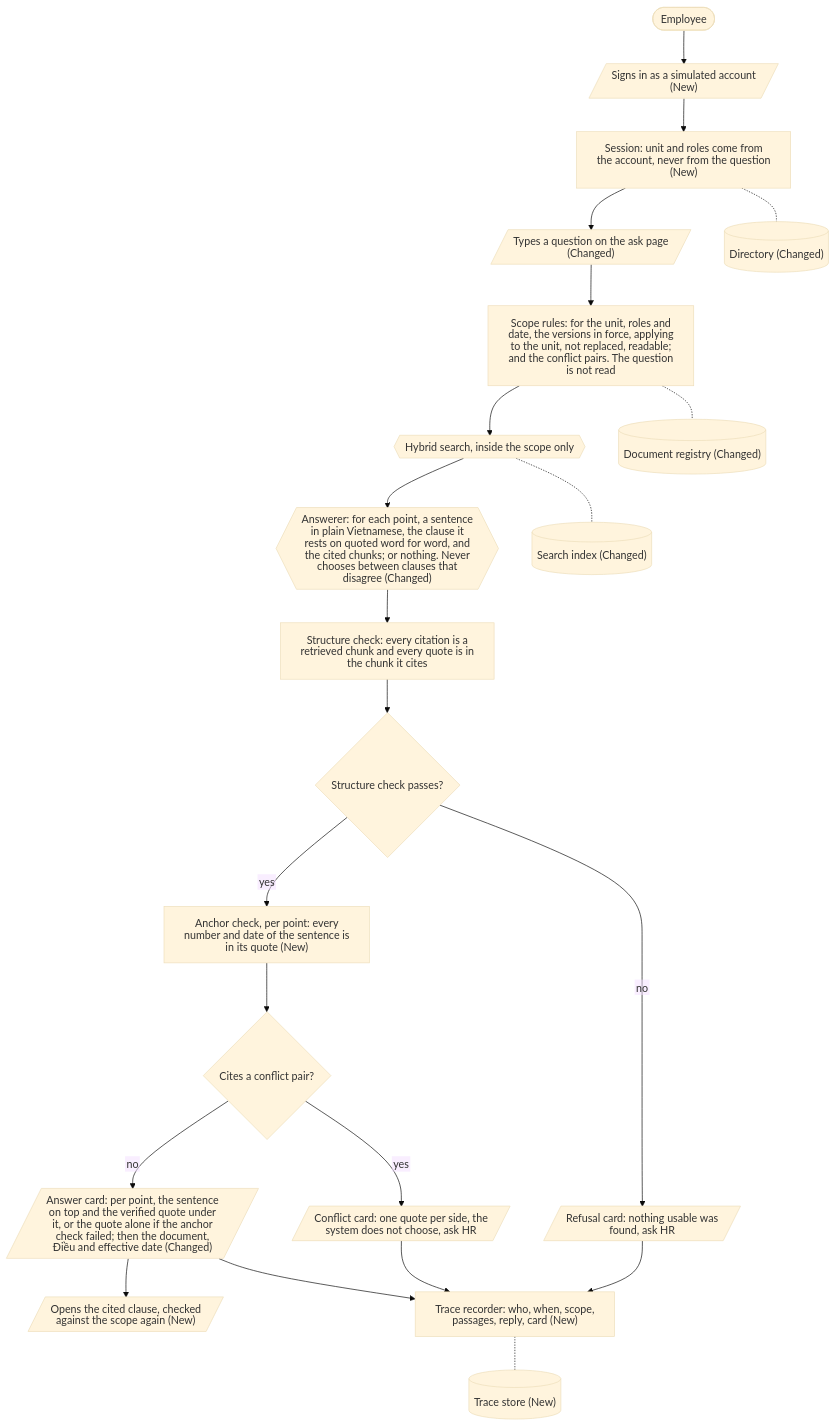
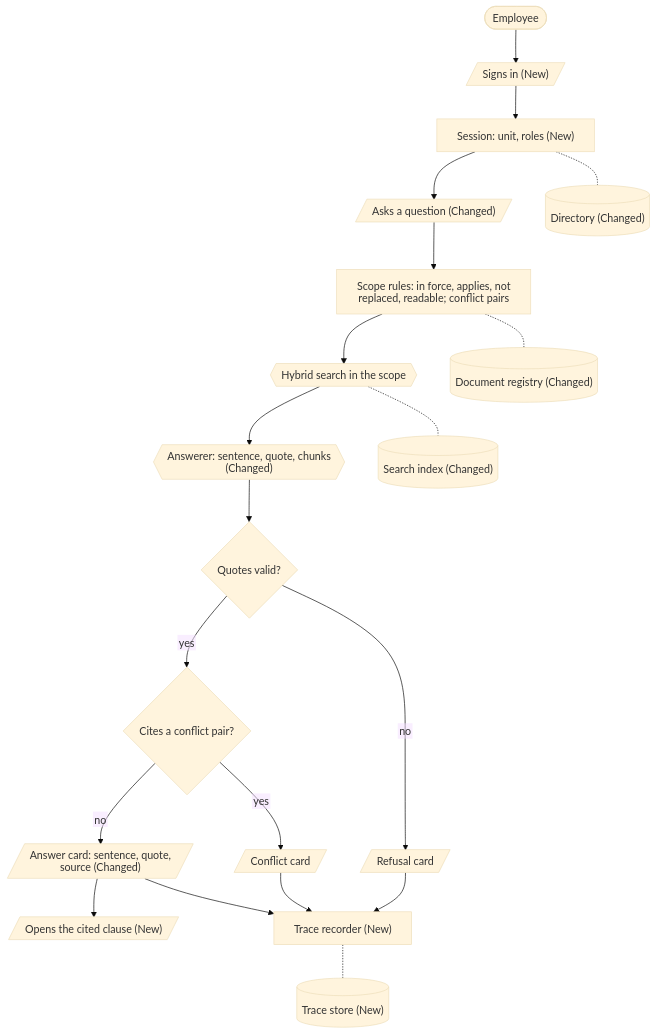
The first of 7 diagrams in docs/system_design.md (Park-Hip/next-gen-2026), drawn with Mermaid (base theme) before and after one commit. The commit also changed other lines of this file, not shown here.

Commit message:
System design: drop the anchor check; shorten the employee flowchart labels

````diff
--- a/docs/system_design.md
+++ b/docs/system_design.md
@@ -77,44 +77,42 @@
 ```mermaid
 ---
 config:
   htmlLabels: false
   flowchart:
     htmlLabels: false
     wrappingWidth: 260
 ---
 flowchart TD
     employee([Employee])
-    signin[/"Signs in as a simulated account (New)"/]
-    session["Session: unit and roles come from the account, never from the question (New)"]
-    question[/"Types a question on the ask page (Changed)"/]
-    scope["Scope rules: for the unit, roles and date, the versions in force, applying to the unit, not replaced, readable; and the conflict pairs. The question is not read"]
-    search{{"Hybrid search, inside the scope only"}}
-    answerer{{"Answerer: for each point, a sentence in plain Vietnamese, the clause it rests on quoted word for word, and the cited chunks; or nothing. Never chooses between clauses that disagree (Changed)"}}
-    structure["Structure check: every citation is a retrieved chunk and every quote is in the chunk it cites"]
-    verified{"Structure check passes?"}
-    anchors["Anchor check, per point: every number and date of the sentence is in its quote (New)"]
+    signin[/"Signs in (New)"/]
+    session["Session: unit, roles (New)"]
+    question[/"Asks a question (Changed)"/]
+    scope["Scope rules: in force, applies, not replaced, readable; conflict pairs"]
+    search{{"Hybrid search in the scope"}}
+    answerer{{"Answerer: sentence, quote, chunks (Changed)"}}
+    verified{"Quotes valid?"}
     conflict{"Cites a conflict pair?"}
-    refusal[/"Refusal card: nothing usable was found, ask HR"/]
-    conflictcard[/"Conflict card: one quote per side, the system does not choose, ask HR"/]
-    answercard[/"Answer card: per point, the sentence on top and the verified quote under it, or the quote alone if the anchor check failed; then the document, Điều and effective date (Changed)"/]
-    clause[/"Opens the cited clause, checked against the scope again (New)"/]
-    trace["Trace recorder: who, when, scope, passages, reply, card (New)"]
+    refusal[/"Refusal card"/]
+    conflictcard[/"Conflict card"/]
+    answercard[/"Answer card: sentence, quote, source (Changed)"/]
+    clause[/"Opens the cited clause (New)"/]
+    trace["Trace recorder (New)"]
     directory[("Directory (Changed)")]
     registry[("Document registry (Changed)")]
     index[("Search index (Changed)")]
     traces[("Trace store (New)")]
 
-    employee --> signin --> session --> question --> scope --> search --> answerer --> structure --> verified
+    employee --> signin --> session --> question --> scope --> search --> answerer --> verified
     verified -- no --> refusal
-    verified -- yes --> anchors --> conflict
+    verified -- yes --> conflict
     conflict -- yes --> conflictcard
     conflict -- no --> answercard
     answercard --> clause
     refusal --> trace
     conflictcard --> trace
     answercard --> trace
     session -.- directory
     scope -.- registry
     search -.- index
     trace -.- traces
 ```
````
